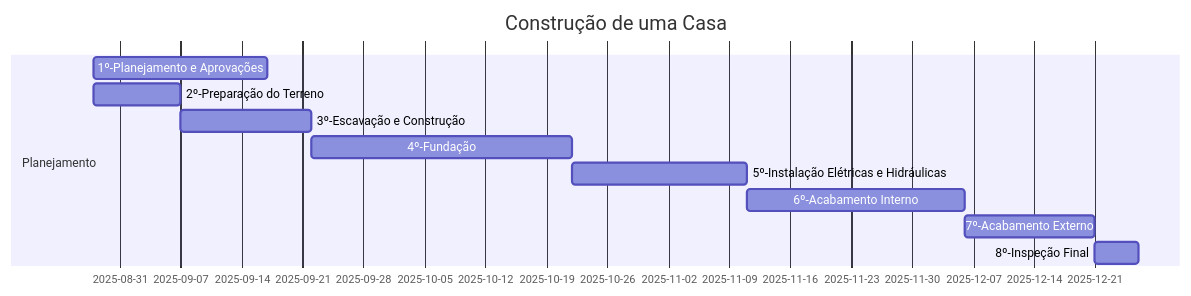
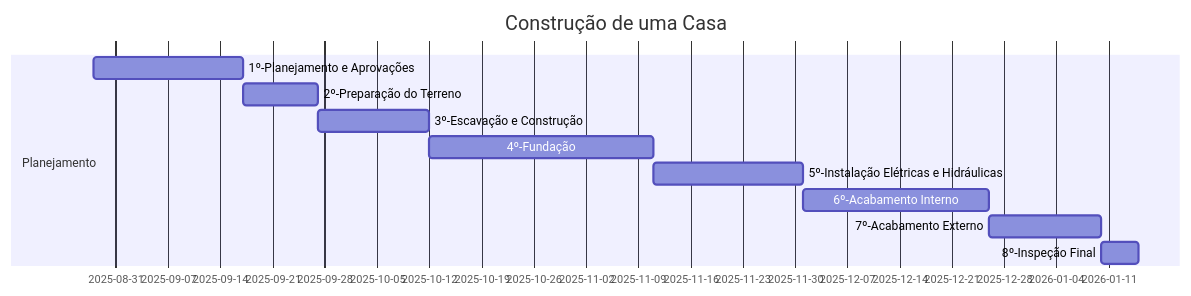
One commit to AnandaMazine/Grafico-Gantt changed the diagram in README.md. Above: the diagram before and after it, drawn with Mermaid.

````diff
--- a/README.md
+++ b/README.md
@@ -1,15 +1,15 @@
 ```mermaid
 gantt
 title Construção de uma Casa
 dateFormat YYYY-MM-DD
 section Planejamento
-1º-Planejamento e Aprovações:active pa, 2025-08-28, 20d
+1º-Planejamento e Aprovações:pa, 2025-08-28, 20d
 2º-Preparação do Terreno: pt, after pa, 10d
 3º-Escavação e Construção:ec, after pt, 15d
 4º-Fundação:fu, after ec, 30d
 5º-Instalação Elétricas e Hidráulicas:eh, after fu, 20d
 6º-Acabamento Interno:ai, after eh, 25d
 7º-Acabamento Externo:ae, after ai, 15d
 8º-Inspeção Final:if, after ae, 5d
 
 ```
````
